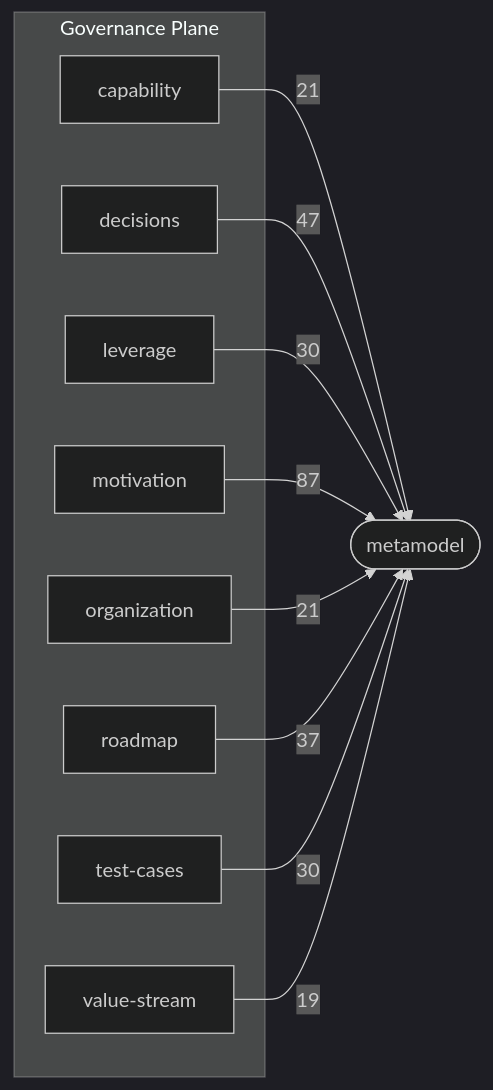
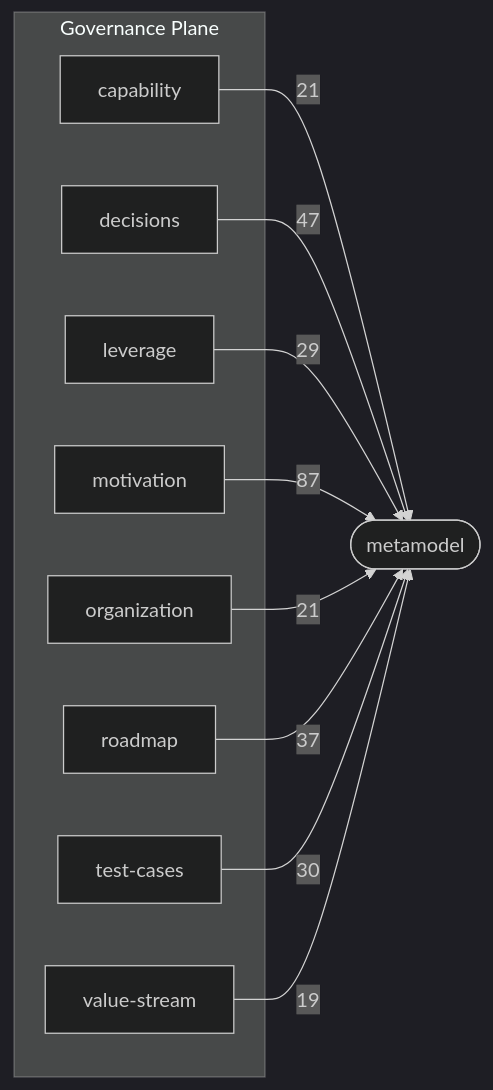
One commit to Archally/blueprint-schema changed the third of 3 diagrams in docs/schema-atlas/v2.8/layer-map.md. Above: the diagram before and after it, drawn with Mermaid (dark theme). The commit also changed other lines of this file and 4 other files, not shown here.

Commit message:
Schema Atlas: the catalog follows the 2.8.50 schema

````diff
--- a/docs/schema-atlas/v2.8/layer-map.md
+++ b/docs/schema-atlas/v2.8/layer-map.md
@@ -139,22 +139,22 @@
 ```mermaid
 graph LR
     subgraph governance_plane["Governance Plane"]
         governance_capability_schema_yaml["capability"]
         governance_decisions_schema_yaml["decisions"]
         governance_leverage_schema_yaml["leverage"]
         governance_motivation_schema_yaml["motivation"]
         governance_organization_schema_yaml["organization"]
         governance_roadmap_schema_yaml["roadmap"]
         governance_test_cases_schema_yaml["test-cases"]
         governance_value_stream_schema_yaml["value-stream"]
     end
     metamodel_schema_yaml(["metamodel"])
     governance_capability_schema_yaml -->|21| metamodel_schema_yaml
     governance_decisions_schema_yaml -->|47| metamodel_schema_yaml
-    governance_leverage_schema_yaml -->|30| metamodel_schema_yaml
+    governance_leverage_schema_yaml -->|29| metamodel_schema_yaml
     governance_motivation_schema_yaml -->|87| metamodel_schema_yaml
     governance_organization_schema_yaml -->|21| metamodel_schema_yaml
     governance_roadmap_schema_yaml -->|37| metamodel_schema_yaml
     governance_test_cases_schema_yaml -->|30| metamodel_schema_yaml
     governance_value_stream_schema_yaml -->|19| metamodel_schema_yaml
 ```
````
